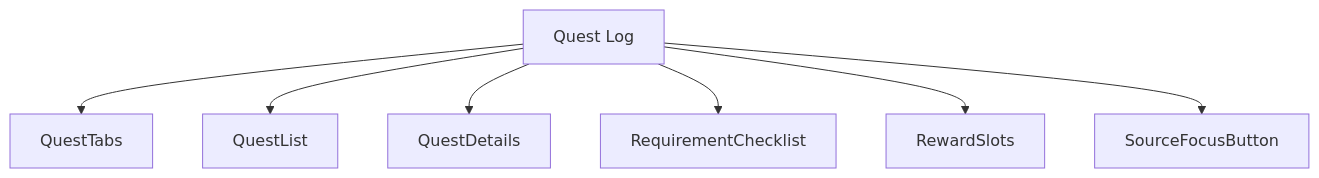
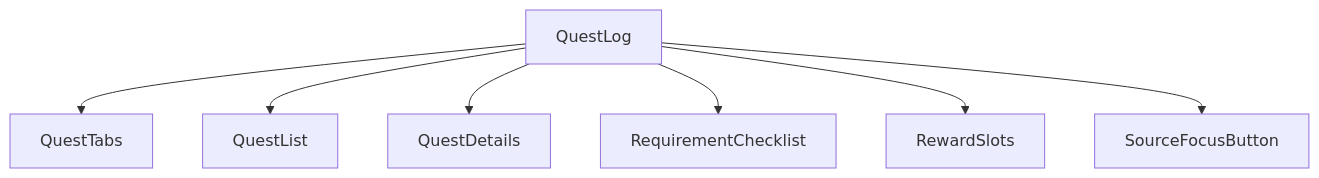
One commit to SunaNoOshiro/Heroes_Reforged_AI_Realms changed the first of 5 diagrams in docs/architecture/wiki/screens/11-quest-log/architecture.md. Above: the diagram before and after it, drawn with Mermaid. The commit also changed other lines of this file and 518 other files, not shown here.

First line of the commit message:
Add doc-audit skill and sweep architecture/screen docs

````diff
--- a/docs/architecture/wiki/screens/11-quest-log/architecture.md
+++ b/docs/architecture/wiki/screens/11-quest-log/architecture.md
@@ -16,16 +29,10 @@
 ```mermaid
 flowchart TD
-  Root["Quest Log"]
-  C0["QuestTabs"]
-  Root --> C0
-  C1["QuestList"]
-  Root --> C1
-  C2["QuestDetails"]
-  Root --> C2
-  C3["RequirementChecklist"]
-  Root --> C3
-  C4["RewardSlots"]
-  Root --> C4
-  C5["SourceFocusButton"]
-  Root --> C5
+  Root["QuestLog"]
+  Root --> C0["QuestTabs"]
+  Root --> C1["QuestList"]
+  Root --> C2["QuestDetails"]
+  Root --> C3["RequirementChecklist"]
+  Root --> C4["RewardSlots"]
+  Root --> C5["SourceFocusButton"]
 ```
````
